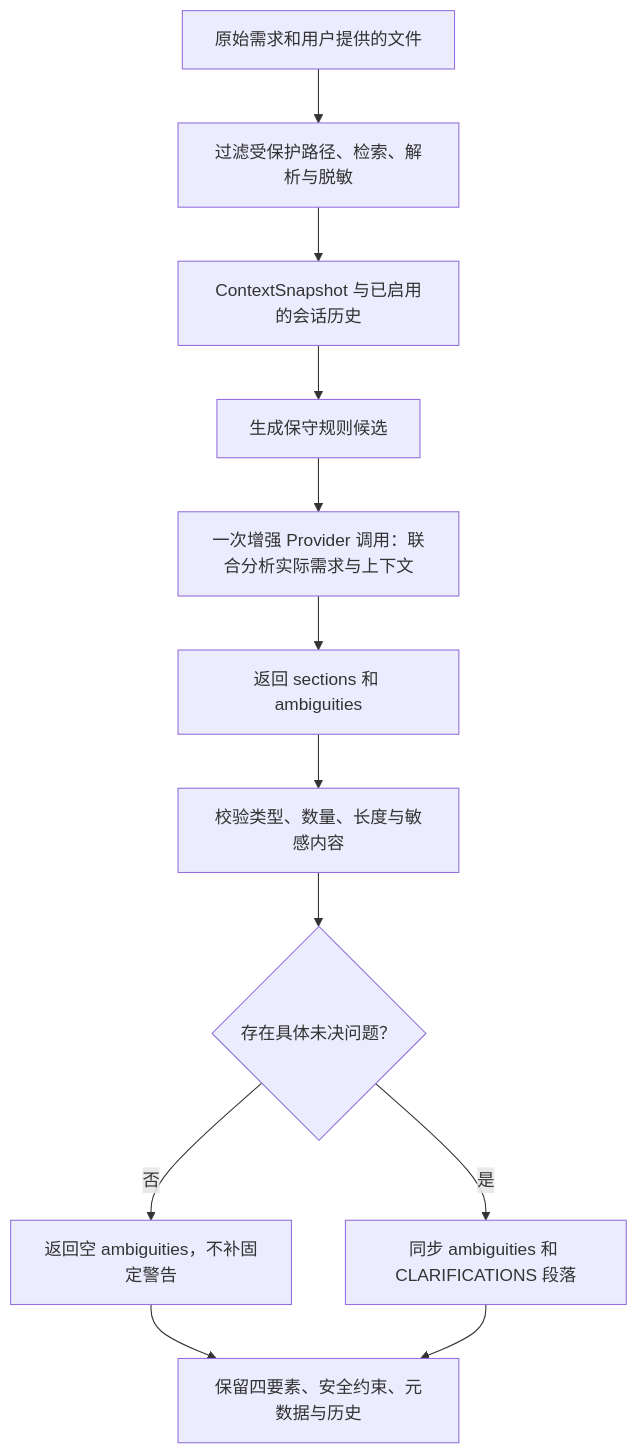
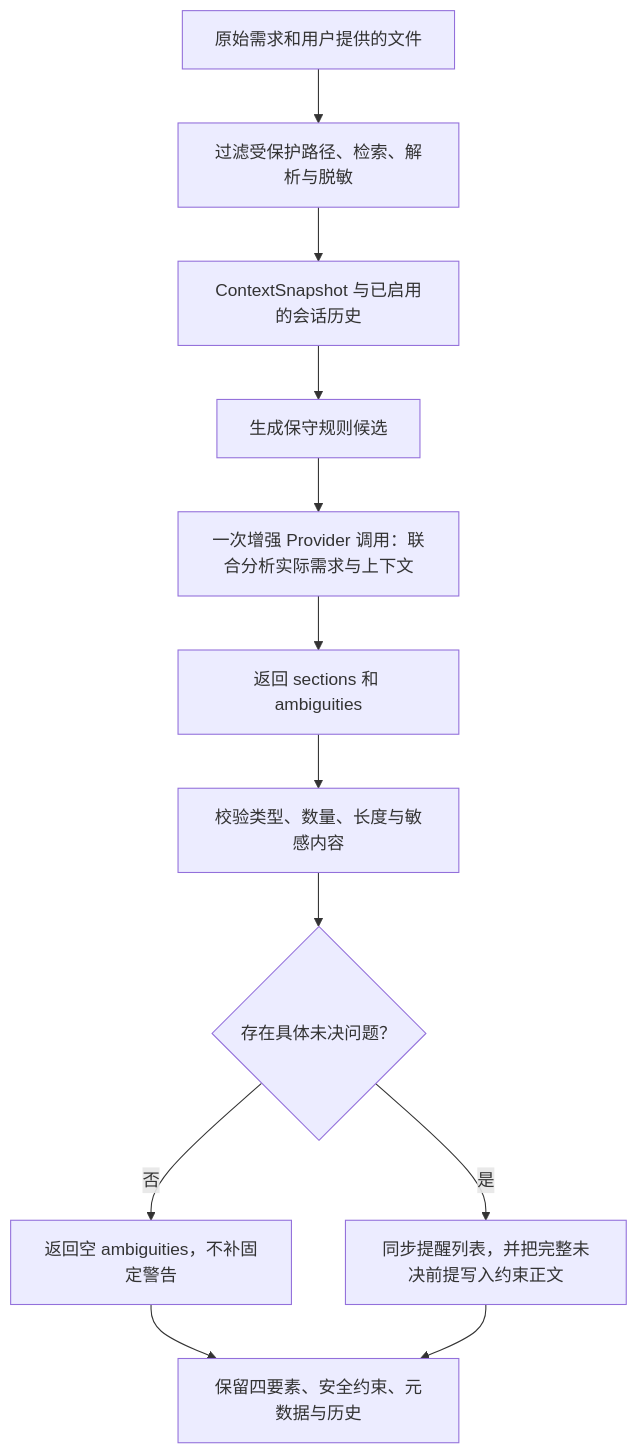
One commit to QingNiao0x/prompt-optimizer-platform changed the third of 3 diagrams in docs/12-内置Plan-Mode交互与接口.md. Above: the diagram before and after it, drawn with Mermaid. The commit also changed other lines of this file and 34 other files, not shown here.

````diff
--- a/docs/12-内置Plan-Mode交互与接口.md
+++ b/docs/12-内置Plan-Mode交互与接口.md
@@ -495,14 +495,14 @@
 ```mermaid
 flowchart TD
     A[原始需求和用户提供的文件] --> B[过滤受保护路径、检索、解析与脱敏]
     B --> C[ContextSnapshot 与已启用的会话历史]
     C --> D[生成保守规则候选]
     D --> E[一次增强 Provider 调用：联合分析实际需求与上下文]
     E --> F[返回 sections 和 ambiguities]
     F --> G[校验类型、数量、长度与敏感内容]
     G --> H{存在具体未决问题？}
     H -- 否 --> I[返回空 ambiguities，不补固定警告]
-    H -- 是 --> J[同步 ambiguities 和 CLARIFICATIONS 段落]
+    H -- 是 --> J[同步提醒列表，并把完整未决前提写入约束正文]
     I --> K[保留四要素、安全约束、元数据与历史]
     J --> K
 ```
````
